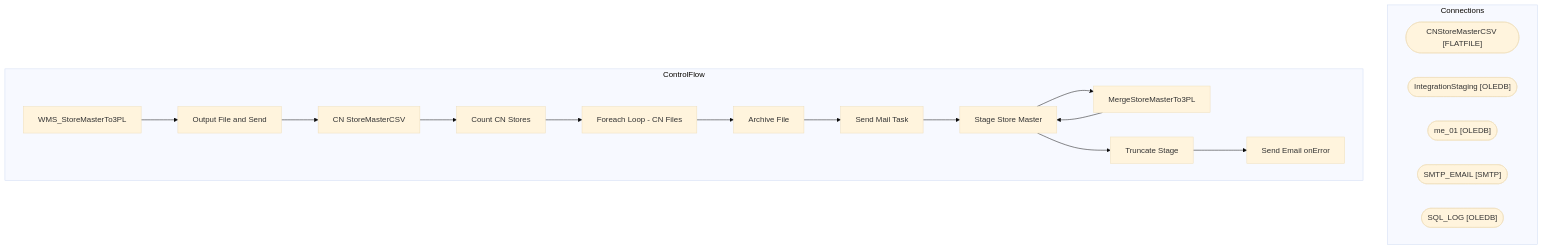
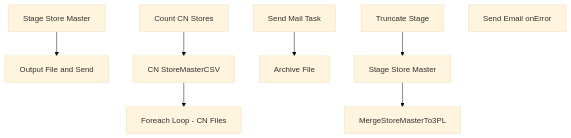
The diagram in bab-docs-explorer/Documentation/STL-SSIS-P-01/SSIS/WMS/WMS_StoreMasterTo3PL.WMS_StoreMasterTo3PL.md (juanandresbrain/BABSkills), drawn with Mermaid (base theme) before and after one commit. The commit also changed other lines of this file and 273 other files, not shown here.

````diff
--- a/bab-docs-explorer/Documentation/STL-SSIS-P-01/SSIS/WMS/WMS_StoreMasterTo3PL.WMS_StoreMasterTo3PL.md
+++ b/bab-docs-explorer/Documentation/STL-SSIS-P-01/SSIS/WMS/WMS_StoreMasterTo3PL.WMS_StoreMasterTo3PL.md
@@ -9,35 +52,20 @@
 ```mermaid
 flowchart TD
-    subgraph Connections
-        CNStoreMasterCSV_conn(["CNStoreMasterCSV [FLATFILE]"])
-        IntegrationStaging_conn(["IntegrationStaging [OLEDB]"])
-        me_01_conn(["me_01 [OLEDB]"])
-        SMTP_EMAIL_conn(["SMTP_EMAIL [SMTP]"])
-        SQL_LOG_conn(["SQL_LOG [OLEDB]"])
-    end
-    subgraph ControlFlow
-        WMS_StoreMasterTo3PL_task["WMS_StoreMasterTo3PL"]
-        Output_File_and_Send_task["Output File and Send"]
-        WMS_StoreMasterTo3PL_task --> Output_File_and_Send_task
-        CN_StoreMasterCSV_task["CN StoreMasterCSV"]
-        Output_File_and_Send_task --> CN_StoreMasterCSV_task
-        Count_CN_Stores_task["Count CN Stores"]
-        CN_StoreMasterCSV_task --> Count_CN_Stores_task
-        Foreach_Loop___CN_Files_task["Foreach Loop - CN Files"]
-        Count_CN_Stores_task --> Foreach_Loop___CN_Files_task
-        Archive_File_task["Archive File"]
-        Foreach_Loop___CN_Files_task --> Archive_File_task
-        Send_Mail_Task_task["Send Mail Task"]
-        Archive_File_task --> Send_Mail_Task_task
-        Stage_Store_Master_task["Stage Store Master"]
-        Send_Mail_Task_task --> Stage_Store_Master_task
-        MergeStoreMasterTo3PL_task["MergeStoreMasterTo3PL"]
-        Stage_Store_Master_task --> MergeStoreMasterTo3PL_task
-        Stage_Store_Master_task["Stage Store Master"]
-        MergeStoreMasterTo3PL_task --> Stage_Store_Master_task
-        Truncate_Stage_task["Truncate Stage"]
-        Stage_Store_Master_task --> Truncate_Stage_task
-        Send_Email_onError_task["Send Email onError"]
-        Truncate_Stage_task --> Send_Email_onError_task
-    end
+    n_Package_Output_File_and_Send["Output File and Send"]
+    n_Package_Output_File_and_Send_CN_StoreMasterCSV["CN StoreMasterCSV"]
+    n_Package_Output_File_and_Send_Count_CN_Stores["Count CN Stores"]
+    n_Package_Output_File_and_Send_Foreach_Loop___CN_Files["Foreach Loop - CN Files"]
+    n_Package_Output_File_and_Send_Foreach_Loop___CN_Files_Archive_File["Archive File"]
+    n_Package_Output_File_and_Send_Foreach_Loop___CN_Files_Send_Mail_Task["Send Mail Task"]
+    n_Package_Stage_Store_Master["Stage Store Master"]
+    n_Package_Stage_Store_Master_MergeStoreMasterTo3PL["MergeStoreMasterTo3PL"]
+    n_Package_Stage_Store_Master_Stage_Store_Master["Stage Store Master"]
+    n_Package_Stage_Store_Master_Truncate_Stage["Truncate Stage"]
+    n_Package_EventHandlers_OnError__Send_Email_onError["Send Email onError"]
+    n_Package_Output_File_and_Send_Foreach_Loop___CN_Files_Send_Mail_Task --> n_Package_Output_File_and_Send_Foreach_Loop___CN_Files_Archive_File
+    n_Package_Output_File_and_Send_Count_CN_Stores --> n_Package_Output_File_and_Send_CN_StoreMasterCSV
+    n_Package_Output_File_and_Send_CN_StoreMasterCSV --> n_Package_Output_File_and_Send_Foreach_Loop___CN_Files
+    n_Package_Stage_Store_Master_Truncate_Stage --> n_Package_Stage_Store_Master_Stage_Store_Master
+    n_Package_Stage_Store_Master_Stage_Store_Master --> n_Package_Stage_Store_Master_MergeStoreMasterTo3PL
+    n_Package_Stage_Store_Master --> n_Package_Output_File_and_Send
 ```
````
